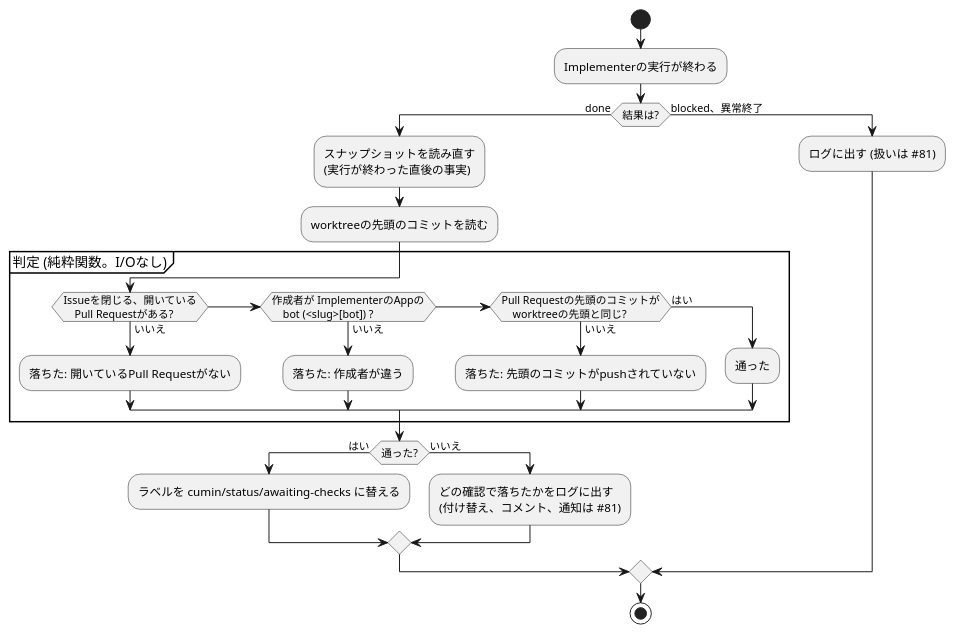
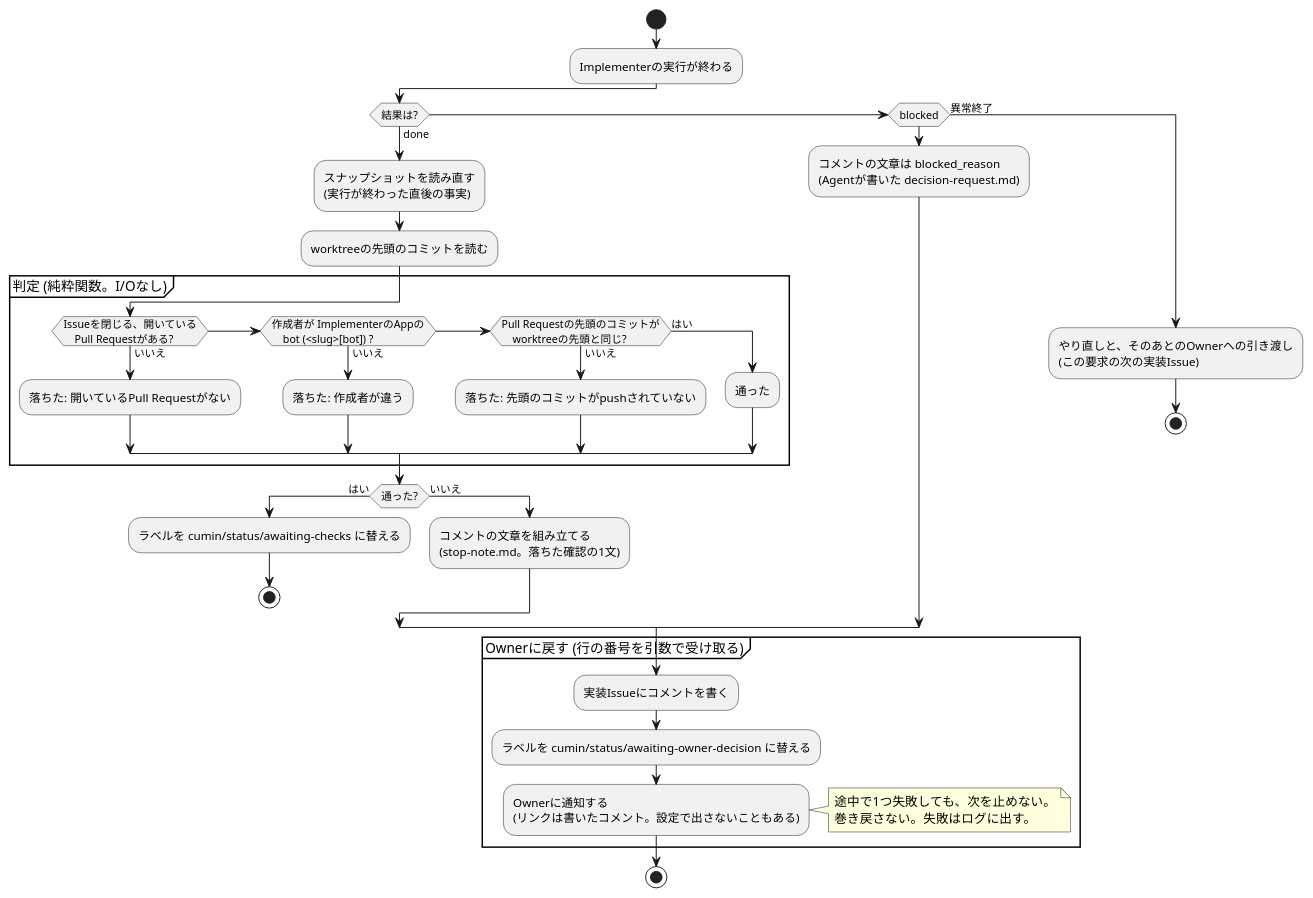
Before and after one commit to cloveclovedev/cumin-works: the diagram in docs/ja/designs/poll-verify.puml, drawn with PlantUML. The commit also changed 9 other files, not shown here.

First line of the commit message:
feat(workflow): stop the issue for the Owner when the I2 verification fails

```diff
--- a/docs/ja/designs/poll-verify.puml
+++ b/docs/ja/designs/poll-verify.puml
@@ -1,38 +1,55 @@
 @startuml poll-verify
-' cumin works - 実行終了の判定 (I2)。Implementerの実行が done で終わったあとの確認。
-' 対応する文書: poll.md の「実行終了の判定」。
+' cumin works - 実行終了の判定 (I2)。Implementerの実行が終わったあとの確認と、うまくいかなかったときの道。
+' 対応する文書: poll.md の「実行終了の判定」と「うまくいかなかったときに、Ownerに戻す道」。
 ' SVGの書き出し: リポジトリの直下で scripts/render-diagrams.sh を実行する。
 skinparam shadowing false
 skinparam defaultFontName sans-serif
 
 start
 :Implementerの実行が終わる;
 if (結果は?) then (done)
   :スナップショットを読み直す
   (実行が終わった直後の事実);
   :worktreeの先頭のコミットを読む;
   partition "判定 (純粋関数。I/Oなし)" {
     if (Issueを閉じる、開いている
     Pull Requestがある?) then (いいえ)
       :落ちた: 開いているPull Requestがない;
     elseif (作成者が ImplementerのAppの
     bot (<slug>[bot]) ?) then (いいえ)
       :落ちた: 作成者が違う;
     elseif (Pull Requestの先頭のコミットが
     worktreeの先頭と同じ?) then (いいえ)
       :落ちた: 先頭のコミットがpushされていない;
     else (はい)
       :通った;
     endif
   }
   if (通った?) then (はい)
     :ラベルを cumin/status/awaiting-checks に替える;
+    stop
   else (いいえ)
-    :どの確認で落ちたかをログに出す
-    (付け替え、コメント、通知は #81);
+    :コメントの文章を組み立てる
+    (stop-note.md。落ちた確認の1文);
   endif
-else (blocked、異常終了)
-  :ログに出す (扱いは #81);
+elseif (blocked) then
+  :コメントの文章は blocked_reason
+  (Agentが書いた decision-request.md);
+else (異常終了)
+  :やり直しと、そのあとのOwnerへの引き渡し
+  (この要求の次の実装Issue);
+  stop
 endif
+
+partition "Ownerに戻す (行の番号を引数で受け取る)" {
+  :実装Issueにコメントを書く;
+  :ラベルを cumin/status/awaiting-owner-decision に替える;
+  :Ownerに通知する
+  (リンクは書いたコメント。設定で出さないこともある);
+}
+note right
+  途中で1つ失敗しても、次を止めない。
+  巻き戻さない。失敗はログに出す。
+end note
 stop
 @enduml
```
